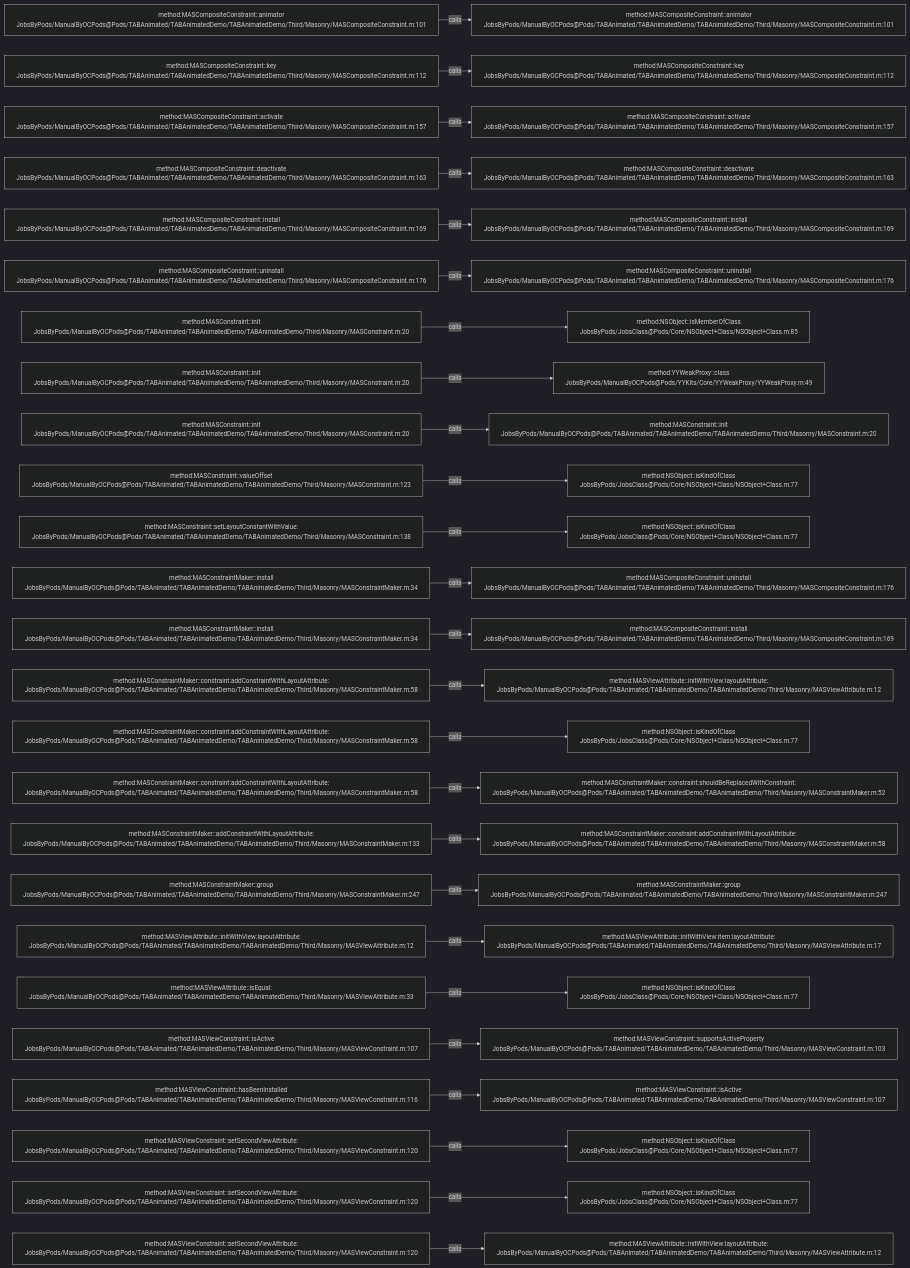
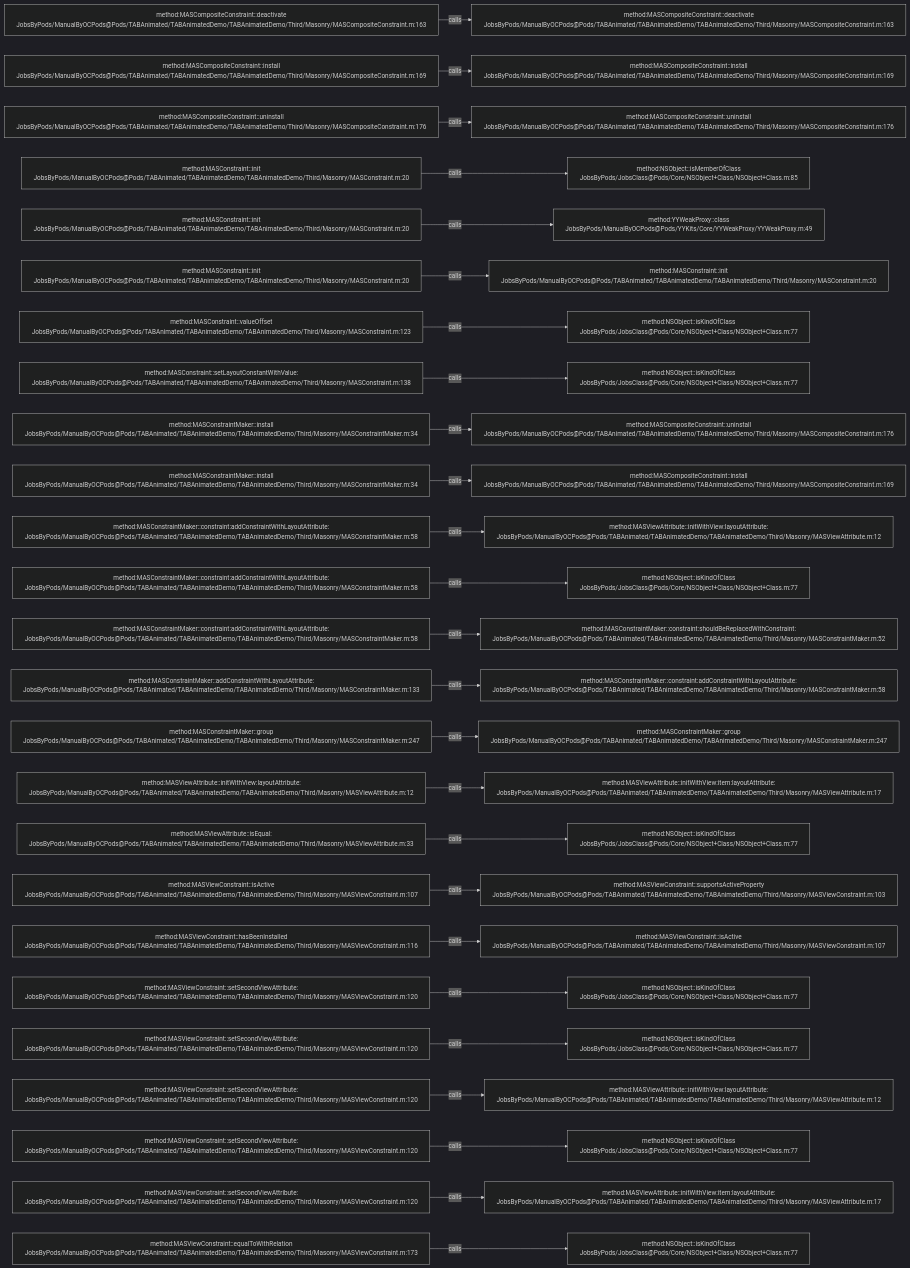
One commit to JobsKits/JobsOCBaseConfigDemo changed the diagram in .codegraph/codegraph.md/graphs/calls-046.md. Above: the diagram before and after it, drawn with Mermaid (dark theme). The commit also changed 342 other files, not shown here.

````diff
--- a/.codegraph/codegraph.md/graphs/calls-046.md
+++ b/.codegraph/codegraph.md/graphs/calls-046.md
@@ -13,78 +13,78 @@
 ```mermaid
 flowchart LR
-  S1["method:MASCompositeConstraint::animator<br/>JobsByPods/ManualByOCPods@Pods/TABAnimated/TABAnimatedDemo/TABAnimatedDemo/Third/Masonry/MASCompositeConstraint.m:101"]
-  T1["method:MASCompositeConstraint::animator<br/>JobsByPods/ManualByOCPods@Pods/TABAnimated/TABAnimatedDemo/TABAnimatedDemo/Third/Masonry/MASCompositeConstraint.m:101"]
+  S1["method:MASCompositeConstraint::deactivate<br/>JobsByPods/ManualByOCPods@Pods/TABAnimated/TABAnimatedDemo/TABAnimatedDemo/Third/Masonry/MASCompositeConstraint.m:163"]
+  T1["method:MASCompositeConstraint::deactivate<br/>JobsByPods/ManualByOCPods@Pods/TABAnimated/TABAnimatedDemo/TABAnimatedDemo/Third/Masonry/MASCompositeConstraint.m:163"]
   S1 -->|calls| T1
-  S2["method:MASCompositeConstraint::key<br/>JobsByPods/ManualByOCPods@Pods/TABAnimated/TABAnimatedDemo/TABAnimatedDemo/Third/Masonry/MASCompositeConstraint.m:112"]
-  T2["method:MASCompositeConstraint::key<br/>JobsByPods/ManualByOCPods@Pods/TABAnimated/TABAnimatedDemo/TABAnimatedDemo/Third/Masonry/MASCompositeConstraint.m:112"]
+  S2["method:MASCompositeConstraint::install<br/>JobsByPods/ManualByOCPods@Pods/TABAnimated/TABAnimatedDemo/TABAnimatedDemo/Third/Masonry/MASCompositeConstraint.m:169"]
+  T2["method:MASCompositeConstraint::install<br/>JobsByPods/ManualByOCPods@Pods/TABAnimated/TABAnimatedDemo/TABAnimatedDemo/Third/Masonry/MASCompositeConstraint.m:169"]
   S2 -->|calls| T2
-  S3["method:MASCompositeConstraint::activate<br/>JobsByPods/ManualByOCPods@Pods/TABAnimated/TABAnimatedDemo/TABAnimatedDemo/Third/Masonry/MASCompositeConstraint.m:157"]
-  T3["method:MASCompositeConstraint::activate<br/>JobsByPods/ManualByOCPods@Pods/TABAnimated/TABAnimatedDemo/TABAnimatedDemo/Third/Masonry/MASCompositeConstraint.m:157"]
+  S3["method:MASCompositeConstraint::uninstall<br/>JobsByPods/ManualByOCPods@Pods/TABAnimated/TABAnimatedDemo/TABAnimatedDemo/Third/Masonry/MASCompositeConstraint.m:176"]
+  T3["method:MASCompositeConstraint::uninstall<br/>JobsByPods/ManualByOCPods@Pods/TABAnimated/TABAnimatedDemo/TABAnimatedDemo/Third/Masonry/MASCompositeConstraint.m:176"]
   S3 -->|calls| T3
-  S4["method:MASCompositeConstraint::deactivate<br/>JobsByPods/ManualByOCPods@Pods/TABAnimated/TABAnimatedDemo/TABAnimatedDemo/Third/Masonry/MASCompositeConstraint.m:163"]
-  T4["method:MASCompositeConstraint::deactivate<br/>JobsByPods/ManualByOCPods@Pods/TABAnimated/TABAnimatedDemo/TABAnimatedDemo/Third/Masonry/MASCompositeConstraint.m:163"]
+  S4["method:MASConstraint::init<br/>JobsByPods/ManualByOCPods@Pods/TABAnimated/TABAnimatedDemo/TABAnimatedDemo/Third/Masonry/MASConstraint.m:20"]
+  T4["method:NSObject::isMemberOfClass<br/>JobsByPods/JobsClass@Pods/Core/NSObject+Class/NSObject+Class.m:85"]
   S4 -->|calls| T4
-  S5["method:MASCompositeConstraint::install<br/>JobsByPods/ManualByOCPods@Pods/TABAnimated/TABAnimatedDemo/TABAnimatedDemo/Third/Masonry/MASCompositeConstraint.m:169"]
-  T5["method:MASCompositeConstraint::install<br/>JobsByPods/ManualByOCPods@Pods/TABAnimated/TABAnimatedDemo/TABAnimatedDemo/Third/Masonry/MASCompositeConstraint.m:169"]
+  S5["method:MASConstraint::init<br/>JobsByPods/ManualByOCPods@Pods/TABAnimated/TABAnimatedDemo/TABAnimatedDemo/Third/Masonry/MASConstraint.m:20"]
+  T5["method:YYWeakProxy::class<br/>JobsByPods/ManualByOCPods@Pods/YYKits/Core/YYWeakProxy/YYWeakProxy.m:49"]
   S5 -->|calls| T5
-  S6["method:MASCompositeConstraint::uninstall<br/>JobsByPods/ManualByOCPods@Pods/TABAnimated/TABAnimatedDemo/TABAnimatedDemo/Third/Masonry/MASCompositeConstraint.m:176"]
-  T6["method:MASCompositeConstraint::uninstall<br/>JobsByPods/ManualByOCPods@Pods/TABAnimated/TABAnimatedDemo/TABAnimatedDemo/Third/Masonry/MASCompositeConstraint.m:176"]
+  S6["method:MASConstraint::init<br/>JobsByPods/ManualByOCPods@Pods/TABAnimated/TABAnimatedDemo/TABAnimatedDemo/Third/Masonry/MASConstraint.m:20"]
+  T6["method:MASConstraint::init<br/>JobsByPods/ManualByOCPods@Pods/TABAnimated/TABAnimatedDemo/TABAnimatedDemo/Third/Masonry/MASConstraint.m:20"]
   S6 -->|calls| T6
-  S7["method:MASConstraint::init<br/>JobsByPods/ManualByOCPods@Pods/TABAnimated/TABAnimatedDemo/TABAnimatedDemo/Third/Masonry/MASConstraint.m:20"]
-  T7["method:NSObject::isMemberOfClass<br/>JobsByPods/JobsClass@Pods/Core/NSObject+Class/NSObject+Class.m:85"]
+  S7["method:MASConstraint::valueOffset<br/>JobsByPods/ManualByOCPods@Pods/TABAnimated/TABAnimatedDemo/TABAnimatedDemo/Third/Masonry/MASConstraint.m:123"]
+  T7["method:NSObject::isKindOfClass<br/>JobsByPods/JobsClass@Pods/Core/NSObject+Class/NSObject+Class.m:77"]
   S7 -->|calls| T7
-  S8["method:MASConstraint::init<br/>JobsByPods/ManualByOCPods@Pods/TABAnimated/TABAnimatedDemo/TABAnimatedDemo/Third/Masonry/MASConstraint.m:20"]
-  T8["method:YYWeakProxy::class<br/>JobsByPods/ManualByOCPods@Pods/YYKits/Core/YYWeakProxy/YYWeakProxy.m:49"]
+  S8["method:MASConstraint::setLayoutConstantWithValue:<br/>JobsByPods/ManualByOCPods@Pods/TABAnimated/TABAnimatedDemo/TABAnimatedDemo/Third/Masonry/MASConstraint.m:138"]
+  T8["method:NSObject::isKindOfClass<br/>JobsByPods/JobsClass@Pods/Core/NSObject+Class/NSObject+Class.m:77"]
   S8 -->|calls| T8
-  S9["method:MASConstraint::init<br/>JobsByPods/ManualByOCPods@Pods/TABAnimated/TABAnimatedDemo/TABAnimatedDemo/Third/Masonry/MASConstraint.m:20"]
-  T9["method:MASConstraint::init<br/>JobsByPods/ManualByOCPods@Pods/TABAnimated/TABAnimatedDemo/TABAnimatedDemo/Third/Masonry/MASConstraint.m:20"]
+  S9["method:MASConstraintMaker::install<br/>JobsByPods/ManualByOCPods@Pods/TABAnimated/TABAnimatedDemo/TABAnimatedDemo/Third/Masonry/MASConstraintMaker.m:34"]
+  T9["method:MASCompositeConstraint::uninstall<br/>JobsByPods/ManualByOCPods@Pods/TABAnimated/TABAnimatedDemo/TABAnimatedDemo/Third/Masonry/MASCompositeConstraint.m:176"]
   S9 -->|calls| T9
-  S10["method:MASConstraint::valueOffset<br/>JobsByPods/ManualByOCPods@Pods/TABAnimated/TABAnimatedDemo/TABAnimatedDemo/Third/Masonry/MASConstraint.m:123"]
-  T10["method:NSObject::isKindOfClass<br/>JobsByPods/JobsClass@Pods/Core/NSObject+Class/NSObject+Class.m:77"]
+  S10["method:MASConstraintMaker::install<br/>JobsByPods/ManualByOCPods@Pods/TABAnimated/TABAnimatedDemo/TABAnimatedDemo/Third/Masonry/MASConstraintMaker.m:34"]
+  T10["method:MASCompositeConstraint::install<br/>JobsByPods/ManualByOCPods@Pods/TABAnimated/TABAnimatedDemo/TABAnimatedDemo/Third/Masonry/MASCompositeConstraint.m:169"]
   S10 -->|calls| T10
-  S11["method:MASConstraint::setLayoutConstantWithValue:<br/>JobsByPods/ManualByOCPods@Pods/TABAnimated/TABAnimatedDemo/TABAnimatedDemo/Third/Masonry/MASConstraint.m:138"]
-  T11["method:NSObject::isKindOfClass<br/>JobsByPods/JobsClass@Pods/Core/NSObject+Class/NSObject+Class.m:77"]
+  S11["method:MASConstraintMaker::constraint:addConstraintWithLayoutAttribute:<br/>JobsByPods/ManualByOCPods@Pods/TABAnimated/TABAnimatedDemo/TABAnimatedDemo/Third/Masonry/MASConstraintMaker.m:58"]
+  T11["method:MASViewAttribute::initWithView:layoutAttribute:<br/>JobsByPods/ManualByOCPods@Pods/TABAnimated/TABAnimatedDemo/TABAnimatedDemo/Third/Masonry/MASViewAttribute.m:12"]
   S11 -->|calls| T11
-  S12["method:MASConstraintMaker::install<br/>JobsByPods/ManualByOCPods@Pods/TABAnimated/TABAnimatedDemo/TABAnimatedDemo/Third/Masonry/MASConstraintMaker.m:34"]
-  T12["method:MASCompositeConstraint::uninstall<br/>JobsByPods/ManualByOCPods@Pods/TABAnimated/TABAnimatedDemo/TABAnimatedDemo/Third/Masonry/MASCompositeConstraint.m:176"]
+  S12["method:MASConstraintMaker::constraint:addConstraintWithLayoutAttribute:<br/>JobsByPods/ManualByOCPods@Pods/TABAnimated/TABAnimatedDemo/TABAnimatedDemo/Third/Masonry/MASConstraintMaker.m:58"]
+  T12["method:NSObject::isKindOfClass<br/>JobsByPods/JobsClass@Pods/Core/NSObject+Class/NSObject+Class.m:77"]
   S12 -->|calls| T12
-  S13["method:MASConstraintMaker::install<br/>JobsByPods/ManualByOCPods@Pods/TABAnimated/TABAnimatedDemo/TABAnimatedDemo/Third/Masonry/MASConstraintMaker.m:34"]
-  T13["method:MASCompositeConstraint::install<br/>JobsByPods/ManualByOCPods@Pods/TABAnimated/TABAnimatedDemo/TABAnimatedDemo/Third/Masonry/MASCompositeConstraint.m:169"]
+  S13["method:MASConstraintMaker::constraint:addConstraintWithLayoutAttribute:<br/>JobsByPods/ManualByOCPods@Pods/TABAnimated/TABAnimatedDemo/TABAnimatedDemo/Third/Masonry/MASConstraintMaker.m:58"]
+  T13["method:MASConstraintMaker::constraint:shouldBeReplacedWithConstraint:<br/>JobsByPods/ManualByOCPods@Pods/TABAnimated/TABAnimatedDemo/TABAnimatedDemo/Third/Masonry/MASConstraintMaker.m:52"]
   S13 -->|calls| T13
-  S14["method:MASConstraintMaker::constraint:addConstraintWithLayoutAttribute:<br/>JobsByPods/ManualByOCPods@Pods/TABAnimated/TABAnimatedDemo/TABAnimatedDemo/Third/Masonry/MASConstraintMaker.m:58"]
-  T14["method:MASViewAttribute::initWithView:layoutAttribute:<br/>JobsByPods/ManualByOCPods@Pods/TABAnimated/TABAnimatedDemo/TABAnimatedDemo/Third/Masonry/MASViewAttribute.m:12"]
+  S14["method:MASConstraintMaker::addConstraintWithLayoutAttribute:<br/>JobsByPods/ManualByOCPods@Pods/TABAnimated/TABAnimatedDemo/TABAnimatedDemo/Third/Masonry/MASConstraintMaker.m:133"]
+  T14["method:MASConstraintMaker::constraint:addConstraintWithLayoutAttribute:<br/>JobsByPods/ManualByOCPods@Pods/TABAnimated/TABAnimatedDemo/TABAnimatedDemo/Third/Masonry/MASConstraintMaker.m:58"]
   S14 -->|calls| T14
-  S15["method:MASConstraintMaker::constraint:addConstraintWithLayoutAttribute:<br/>JobsByPods/ManualByOCPods@Pods/TABAnimated/TABAnimatedDemo/TABAnimatedDemo/Third/Masonry/MASConstraintMaker.m:58"]
-  T15["method:NSObject::isKindOfClass<br/>JobsByPods/JobsClass@Pods/Core/NSObject+Class/NSObject+Class.m:77"]
+  S15["method:MASConstraintMaker::group<br/>JobsByPods/ManualByOCPods@Pods/TABAnimated/TABAnimatedDemo/TABAnimatedDemo/Third/Masonry/MASConstraintMaker.m:247"]
+  T15["method:MASConstraintMaker::group<br/>JobsByPods/ManualByOCPods@Pods/TABAnimated/TABAnimatedDemo/TABAnimatedDemo/Third/Masonry/MASConstraintMaker.m:247"]
   S15 -->|calls| T15
-  S16["method:MASConstraintMaker::constraint:addConstraintWithLayoutAttribute:<br/>JobsByPods/ManualByOCPods@Pods/TABAnimated/TABAnimatedDemo/TABAnimatedDemo/Third/Masonry/MASConstraintMaker.m:58"]
-  T16["method:MASConstraintMaker::constraint:shouldBeReplacedWithConstraint:<br/>JobsByPods/ManualByOCPods@Pods/TABAnimated/TABAnimatedDemo/TABAnimatedDemo/Third/Masonry/MASConstraintMaker.m:52"]
+  S16["method:MASViewAttribute::initWithView:layoutAttribute:<br/>JobsByPods/ManualByOCPods@Pods/TABAnimated/TABAnimatedDemo/TABAnimatedDemo/Third/Masonry/MASViewAttribute.m:12"]
+  T16["method:MASViewAttribute::initWithView:item:layoutAttribute:<br/>JobsByPods/ManualByOCPods@Pods/TABAnimated/TABAnimatedDemo/TABAnimatedDemo/Third/Masonry/MASViewAttribute.m:17"]
   S16 -->|calls| T16
-  S17["method:MASConstraintMaker::addConstraintWithLayoutAttribute:<br/>JobsByPods/ManualByOCPods@Pods/TABAnimated/TABAnimatedDemo/TABAnimatedDemo/Third/Masonry/MASConstraintMaker.m:133"]
-  T17["method:MASConstraintMaker::constraint:addConstraintWithLayoutAttribute:<br/>JobsByPods/ManualByOCPods@Pods/TABAnimated/TABAnimatedDemo/TABAnimatedDemo/Third/Masonry/MASConstraintMaker.m:58"]
+  S17["method:MASViewAttribute::isEqual:<br/>JobsByPods/ManualByOCPods@Pods/TABAnimated/TABAnimatedDemo/TABAnimatedDemo/Third/Masonry/MASViewAttribute.m:33"]
+  T17["method:NSObject::isKindOfClass<br/>JobsByPods/JobsClass@Pods/Core/NSObject+Class/NSObject+Class.m:77"]
   S17 -->|calls| T17
-  S18["method:MASConstraintMaker::group<br/>JobsByPods/ManualByOCPods@Pods/TABAnimated/TABAnimatedDemo/TABAnimatedDemo/Third/Masonry/MASConstraintMaker.m:247"]
-  T18["method:MASConstraintMaker::group<br/>JobsByPods/ManualByOCPods@Pods/TABAnimated/TABAnimatedDemo/TABAnimatedDemo/Third/Masonry/MASConstraintMaker.m:247"]
+  S18["method:MASViewConstraint::isActive<br/>JobsByPods/ManualByOCPods@Pods/TABAnimated/TABAnimatedDemo/TABAnimatedDemo/Third/Masonry/MASViewConstraint.m:107"]
+  T18["method:MASViewConstraint::supportsActiveProperty<br/>JobsByPods/ManualByOCPods@Pods/TABAnimated/TABAnimatedDemo/TABAnimatedDemo/Third/Masonry/MASViewConstraint.m:103"]
   S18 -->|calls| T18
-  S19["method:MASViewAttribute::initWithView:layoutAttribute:<br/>JobsByPods/ManualByOCPods@Pods/TABAnimated/TABAnimatedDemo/TABAnimatedDemo/Third/Masonry/MASViewAttribute.m:12"]
-  T19["method:MASViewAttribute::initWithView:item:layoutAttribute:<br/>JobsByPods/ManualByOCPods@Pods/TABAnimated/TABAnimatedDemo/TABAnimatedDemo/Third/Masonry/MASViewAttribute.m:17"]
+  S19["method:MASViewConstraint::hasBeenInstalled<br/>JobsByPods/ManualByOCPods@Pods/TABAnimated/TABAnimatedDemo/TABAnimatedDemo/Third/Masonry/MASViewConstraint.m:116"]
+  T19["method:MASViewConstraint::isActive<br/>JobsByPods/ManualByOCPods@Pods/TABAnimated/TABAnimatedDemo/TABAnimatedDemo/Third/Masonry/MASViewConstraint.m:107"]
   S19 -->|calls| T19
-  S20["method:MASViewAttribute::isEqual:<br/>JobsByPods/ManualByOCPods@Pods/TABAnimated/TABAnimatedDemo/TABAnimatedDemo/Third/Masonry/MASViewAttribute.m:33"]
+  S20["method:MASViewConstraint::setSecondViewAttribute:<br/>JobsByPods/ManualByOCPods@Pods/TABAnimated/TABAnimatedDemo/TABAnimatedDemo/Third/Masonry/MASViewConstraint.m:120"]
   T20["method:NSObject::isKindOfClass<br/>JobsByPods/JobsClass@Pods/Core/NSObject+Class/NSObject+Class.m:77"]
   S20 -->|calls| T20
-  S21["method:MASViewConstraint::isActive<br/>JobsByPods/ManualByOCPods@Pods/TABAnimated/TABAnimatedDemo/TABAnimatedDemo/Third/Masonry/MASViewConstraint.m:107"]
-  T21["method:MASViewConstraint::supportsActiveProperty<br/>JobsByPods/ManualByOCPods@Pods/TABAnimated/TABAnimatedDemo/TABAnimatedDemo/Third/Masonry/MASViewConstraint.m:103"]
+  S21["method:MASViewConstraint::setSecondViewAttribute:<br/>JobsByPods/ManualByOCPods@Pods/TABAnimated/TABAnimatedDemo/TABAnimatedDemo/Third/Masonry/MASViewConstraint.m:120"]
+  T21["method:NSObject::isKindOfClass<br/>JobsByPods/JobsClass@Pods/Core/NSObject+Class/NSObject+Class.m:77"]
   S21 -->|calls| T21
-  S22["method:MASViewConstraint::hasBeenInstalled<br/>JobsByPods/ManualByOCPods@Pods/TABAnimated/TABAnimatedDemo/TABAnimatedDemo/Third/Masonry/MASViewConstraint.m:116"]
-  T22["method:MASViewConstraint::isActive<br/>JobsByPods/ManualByOCPods@Pods/TABAnimated/TABAnimatedDemo/TABAnimatedDemo/Third/Masonry/MASViewConstraint.m:107"]
+  S22["method:MASViewConstraint::setSecondViewAttribute:<br/>JobsByPods/ManualByOCPods@Pods/TABAnimated/TABAnimatedDemo/TABAnimatedDemo/Third/Masonry/MASViewConstraint.m:120"]
+  T22["method:MASViewAttribute::initWithView:layoutAttribute:<br/>JobsByPods/ManualByOCPods@Pods/TABAnimated/TABAnimatedDemo/TABAnimatedDemo/Third/Masonry/MASViewAttribute.m:12"]
   S22 -->|calls| T22
   S23["method:MASViewConstraint::setSecondViewAttribute:<br/>JobsByPods/ManualByOCPods@Pods/TABAnimated/TABAnimatedDemo/TABAnimatedDemo/Third/Masonry/MASViewConstraint.m:120"]
   T23["method:NSObject::isKindOfClass<br/>JobsByPods/JobsClass@Pods/Core/NSObject+Class/NSObject+Class.m:77"]
   S23 -->|calls| T23
   S24["method:MASViewConstraint::setSecondViewAttribute:<br/>JobsByPods/ManualByOCPods@Pods/TABAnimated/TABAnimatedDemo/TABAnimatedDemo/Third/Masonry/MASViewConstraint.m:120"]
-  T24["method:NSObject::isKindOfClass<br/>JobsByPods/JobsClass@Pods/Core/NSObject+Class/NSObject+Class.m:77"]
+  T24["method:MASViewAttribute::initWithView:item:layoutAttribute:<br/>JobsByPods/ManualByOCPods@Pods/TABAnimated/TABAnimatedDemo/TABAnimatedDemo/Third/Masonry/MASViewAttribute.m:17"]
   S24 -->|calls| T24
-  S25["method:MASViewConstraint::setSecondViewAttribute:<br/>JobsByPods/ManualByOCPods@Pods/TABAnimated/TABAnimatedDemo/TABAnimatedDemo/Third/Masonry/MASViewConstraint.m:120"]
-  T25["method:MASViewAttribute::initWithView:layoutAttribute:<br/>JobsByPods/ManualByOCPods@Pods/TABAnimated/TABAnimatedDemo/TABAnimatedDemo/Third/Masonry/MASViewAttribute.m:12"]
+  S25["method:MASViewConstraint::equalToWithRelation<br/>JobsByPods/ManualByOCPods@Pods/TABAnimated/TABAnimatedDemo/TABAnimatedDemo/Third/Masonry/MASViewConstraint.m:173"]
+  T25["method:NSObject::isKindOfClass<br/>JobsByPods/JobsClass@Pods/Core/NSObject+Class/NSObject+Class.m:77"]
   S25 -->|calls| T25
 ```
````
